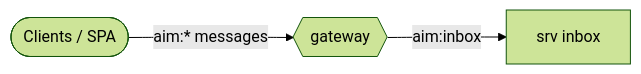
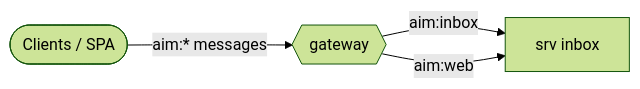
The diagram in docs/reference/messages.md (voxgig/repo-manager), drawn with Mermaid (forest theme) before and after one commit. The commit also changed other lines of this file and 533 other files, not shown here.

````diff
--- a/docs/reference/messages.md
+++ b/docs/reference/messages.md
@@ -11,8 +11,9 @@
 ```mermaid
 flowchart LR
   client([Clients / SPA])
   gateway{{gateway}}
   client -->|aim:* messages| gateway
   inbox[srv inbox]
   gateway -->|aim:inbox| inbox
+  gateway -->|aim:web| inbox
 ```
````
